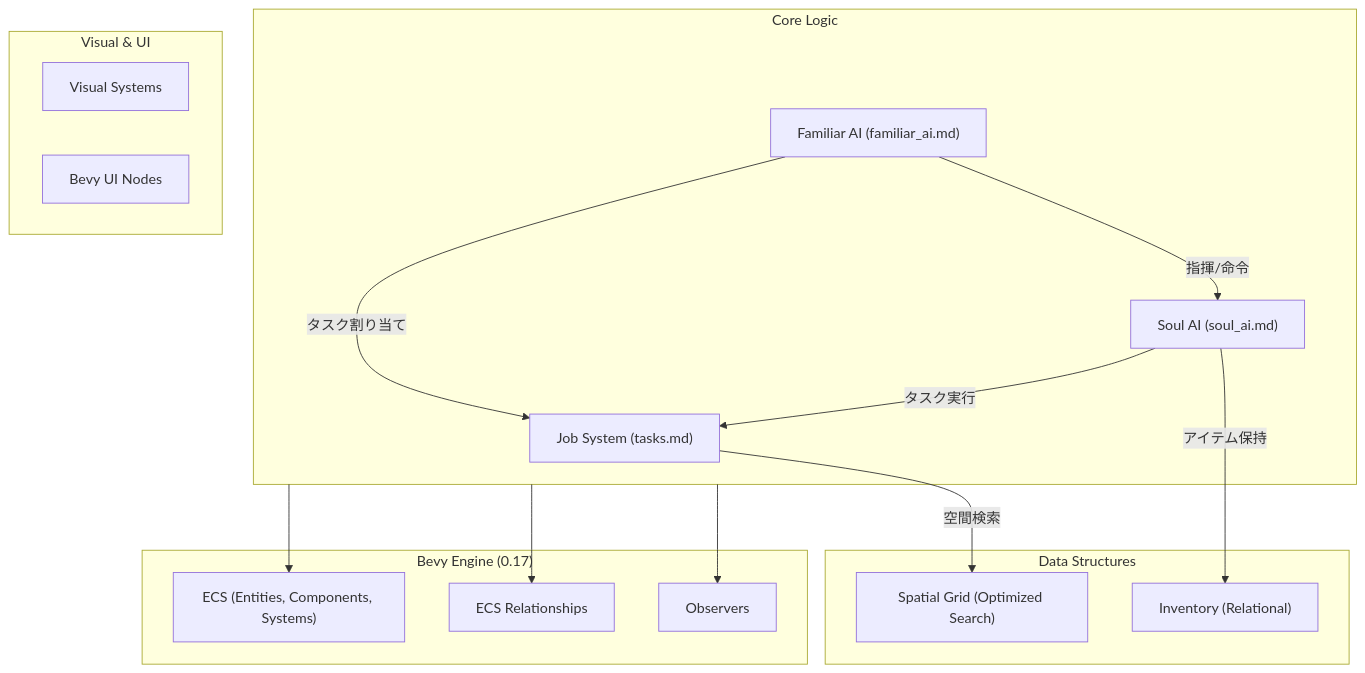
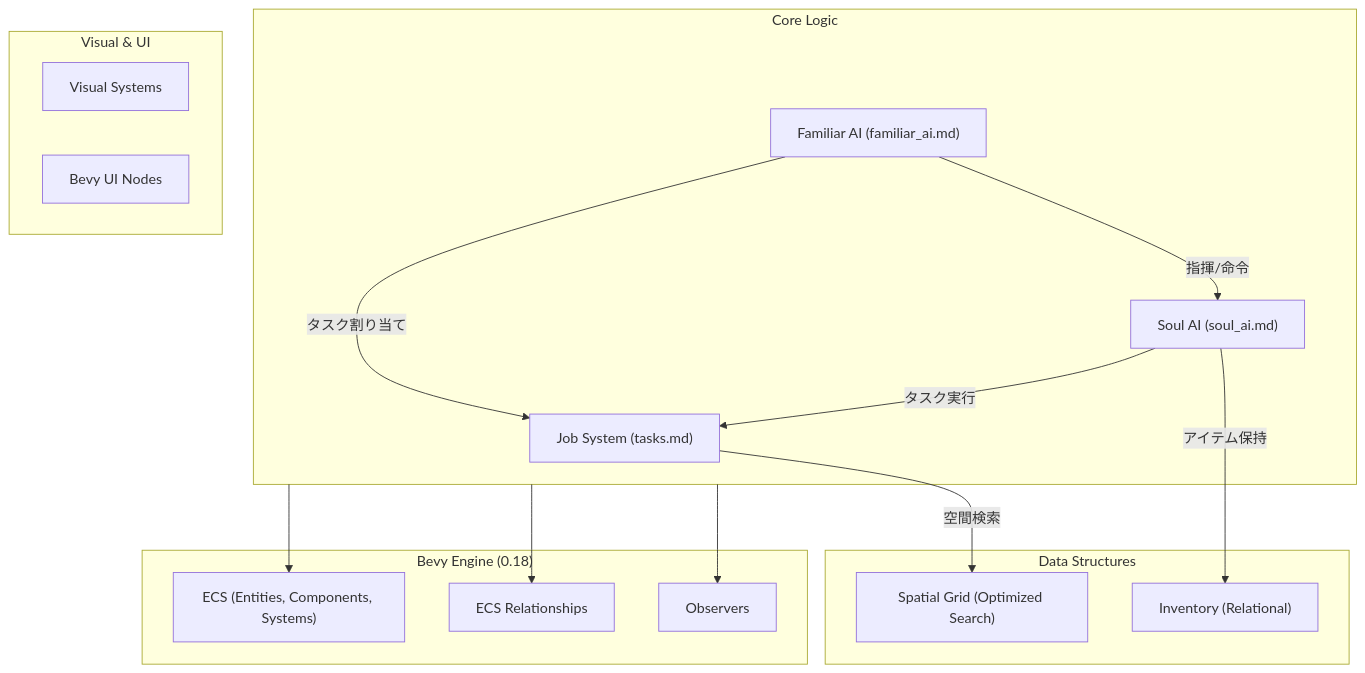
Before and after one commit to iaammssssstupiddddd-commits/hell-workers: the diagram in docs/architecture.md, drawn with Mermaid. The commit also changed other lines of this file and 6 other files, not shown here.

````diff
--- a/docs/architecture.md
+++ b/docs/architecture.md
@@ -7,36 +7,36 @@
 ```mermaid
 graph TD
-    subgraph Engine["Bevy Engine (0.17)"]
+    subgraph Engine["Bevy Engine (0.18)"]
         ECS["ECS (Entities, Components, Systems)"]
         Rel["ECS Relationships"]
         Obs["Observers"]
     end
 
     subgraph Core["Core Logic"]
         Jobs["Job System (tasks.md)"]
         F_AI["Familiar AI (familiar_ai.md)"]
         S_AI["Soul AI (soul_ai.md)"]
     end
 
     subgraph Data["Data Structures"]
         Grid["Spatial Grid (Optimized Search)"]
         Inventory["Inventory (Relational)"]
     end
 
     subgraph View["Visual & UI"]
         Visual["Visual Systems"]
         UI["Bevy UI Nodes"]
     end
 
     %% Relationships
     F_AI -->|指揮/命令| S_AI
     F_AI -->|タスク割り当て| Jobs
     S_AI -->|タスク実行| Jobs
     Jobs -->|空間検索| Grid
     S_AI -->|アイテム保持| Inventory
     
     %% Engine Integration
     Core --> ECS
     Core --> Rel
     Core --> Obs
 ```
````
